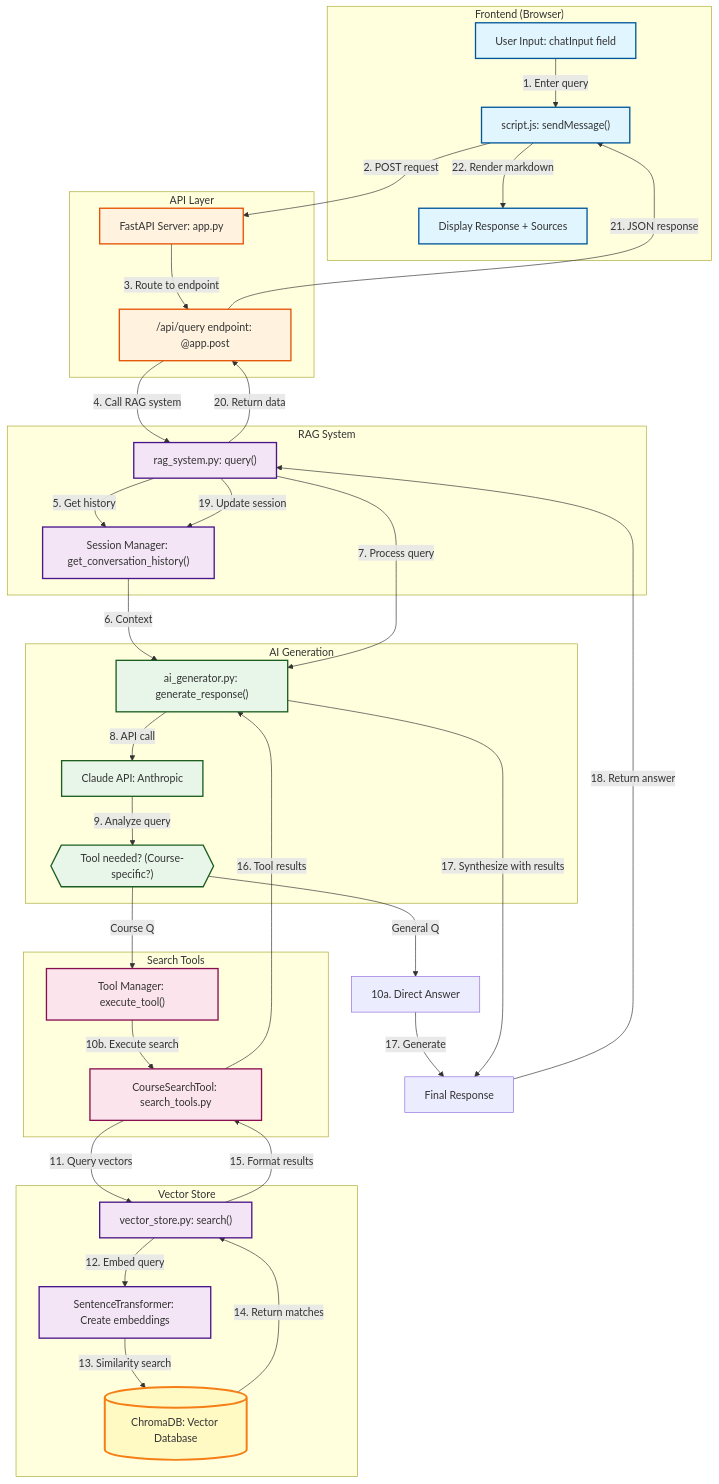
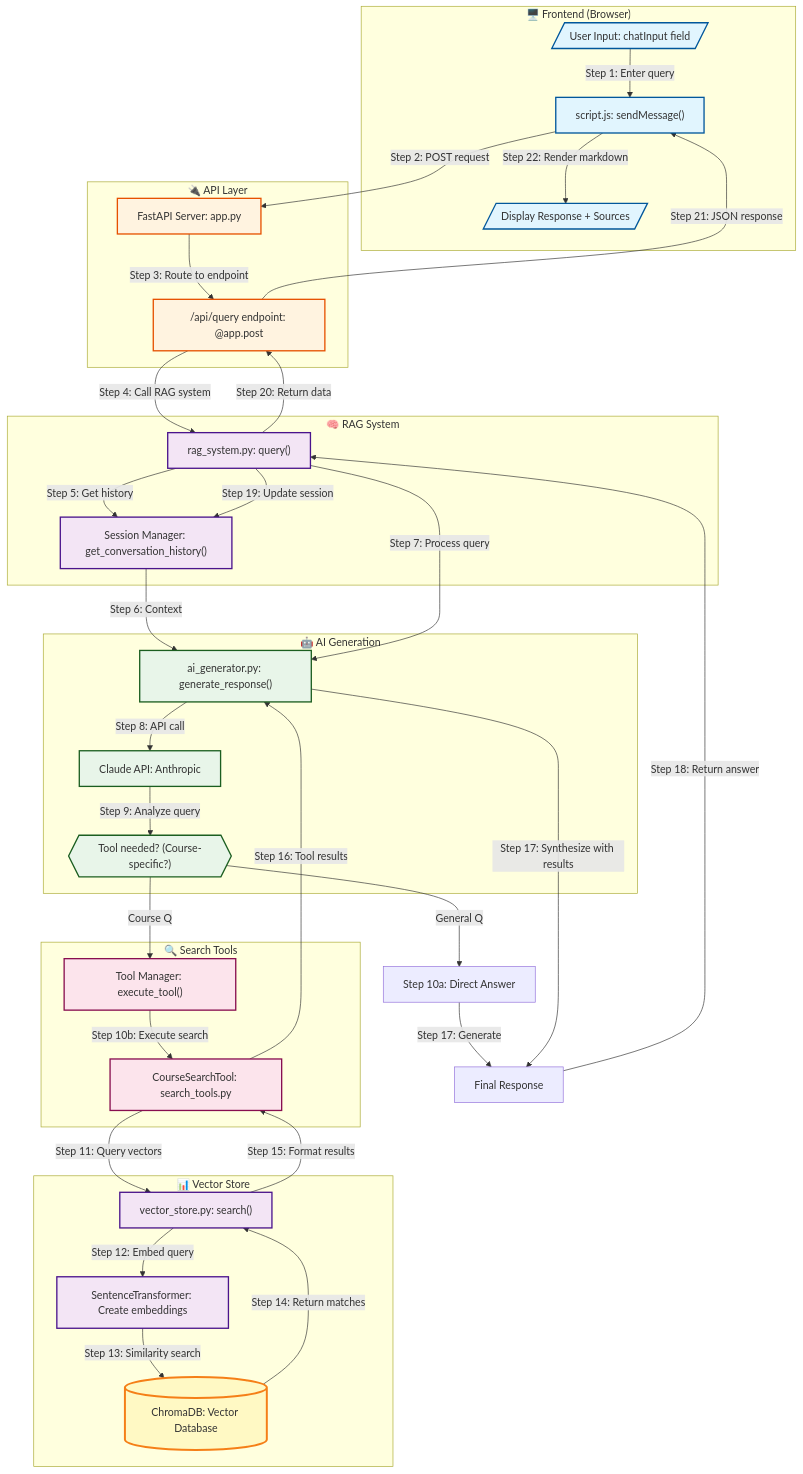
The diagram in query_flow_diagram.md (vincentc-aeq/starting-ragchatbot-codebase), drawn with Mermaid before and after one commit. The commit also changed 8 other files, not shown here.

````diff
--- a/query_flow_diagram.md
+++ b/query_flow_diagram.md
@@ -5,64 +5,78 @@
 ```mermaid
 flowchart TB
-    subgraph Frontend["Frontend (Browser)"]
-        UI["User Input: chatInput field"]
+    subgraph Frontend["🖥️ Frontend (Browser)"]
+        UI[/"User Input: chatInput field"/]
         JS["script.js: sendMessage()"]
-        Display["Display Response + Sources"]
+        Display[/"Display Response + Sources"/]
     end
 
-    subgraph API["API Layer"]
+    subgraph API["🔌 API Layer"]
         FastAPI["FastAPI Server: app.py"]
         Endpoint["/api/query endpoint: @app.post"]
     end
 
-    subgraph RAG["RAG System"]
+    subgraph RAG["🧠 RAG System"]
         RAGSys["rag_system.py: query()"]
         Session["Session Manager: get_conversation_history()"]
     end
 
-    subgraph AI["AI Generation"]
+    subgraph AI["🤖 AI Generation"]
         AIGen["ai_generator.py: generate_response()"]
         Claude["Claude API: Anthropic"]
         Decision{{"Tool needed? (Course-specific?)"}}
     end
 
-    subgraph Search["Search Tools"]
+    subgraph Search["🔍 Search Tools"]
         ToolMgr["Tool Manager: execute_tool()"]
         SearchTool["CourseSearchTool: search_tools.py"]
     end
 
-    subgraph Vector["Vector Store"]
+    subgraph Vector["📊 Vector Store"]
         VectorStore["vector_store.py: search()"]
         Embeddings["SentenceTransformer: Create embeddings"]
         ChromaDB[("ChromaDB: Vector Database")]
     end
 
-    UI -->|"1. Enter query"| JS
-    JS -->|"2. POST request"| FastAPI
-    FastAPI -->|"3. Route to endpoint"| Endpoint
-    Endpoint -->|"4. Call RAG system"| RAGSys
-    RAGSys -->|"5. Get history"| Session
-    Session -->|"6. Context"| AIGen
-    RAGSys -->|"7. Process query"| AIGen
-    AIGen -->|"8. API call"| Claude
-    Claude -->|"9. Analyze query"| Decision
-    Decision -->|"General Q"| DirectResponse["10a. Direct Answer"]
+    %% User Flow
+    UI -->|"Step 1: Enter query"| JS
+    JS -->|"Step 2: POST request"| FastAPI
+    FastAPI -->|"Step 3: Route to endpoint"| Endpoint
+    Endpoint -->|"Step 4: Call RAG system"| RAGSys
+
+    %% RAG Processing
+    RAGSys -->|"Step 5: Get history"| Session
+    Session -->|"Step 6: Context"| AIGen
+    RAGSys -->|"Step 7: Process query"| AIGen
+
+    %% AI Decision Flow
+    AIGen -->|"Step 8: API call"| Claude
+    Claude -->|"Step 9: Analyze query"| Decision
+
+    %% Direct Response Path
+    Decision -->|"General Q"| DirectResponse["Step 10a: Direct Answer"]
+
+    %% Tool Use Path
     Decision -->|"Course Q"| ToolMgr
-    ToolMgr -->|"10b. Execute search"| SearchTool
-    SearchTool -->|"11. Query vectors"| VectorStore
-    VectorStore -->|"12. Embed query"| Embeddings
-    Embeddings -->|"13. Similarity search"| ChromaDB
-    ChromaDB -->|"14. Return matches"| VectorStore
-    VectorStore -->|"15. Format results"| SearchTool
-    SearchTool -->|"16. Tool results"| AIGen
-    DirectResponse -->|"17. Generate"| FinalResponse["Final Response"]
-    AIGen -->|"17. Synthesize with results"| FinalResponse
-    FinalResponse -->|"18. Return answer"| RAGSys
-    RAGSys -->|"19. Update session"| Session
-    RAGSys -->|"20. Return data"| Endpoint
-    Endpoint -->|"21. JSON response"| JS
-    JS -->|"22. Render markdown"| Display
+    ToolMgr -->|"Step 10b: Execute search"| SearchTool
+    SearchTool -->|"Step 11: Query vectors"| VectorStore
+    VectorStore -->|"Step 12: Embed query"| Embeddings
+    Embeddings -->|"Step 13: Similarity search"| ChromaDB
+    ChromaDB -->|"Step 14: Return matches"| VectorStore
+    VectorStore -->|"Step 15: Format results"| SearchTool
+    SearchTool -->|"Step 16: Tool results"| AIGen
 
+    %% Response Generation
+    DirectResponse -->|"Step 17: Generate"| FinalResponse["Final Response"]
+    AIGen -->|"Step 17: Synthesize with results"| FinalResponse
+
+    %% Return Path
+    FinalResponse -->|"Step 18: Return answer"| RAGSys
+    RAGSys -->|"Step 19: Update session"| Session
+    RAGSys -->|"Step 20: Return data"| Endpoint
+    Endpoint -->|"Step 21: JSON response"| JS
+    JS -->|"Step 22: Render markdown"| Display
+
+    %% Styling
     classDef frontend fill:#e1f5fe,stroke:#01579b,stroke-width:2px
     classDef api fill:#fff3e0,stroke:#e65100,stroke-width:2px
     classDef rag fill:#f3e5f5,stroke:#4a148c,stroke-width:2px
@@ -79,4 +93,5 @@
     class VectorStore,Embeddings vector
     class ChromaDB database
 
+
 ```
````
